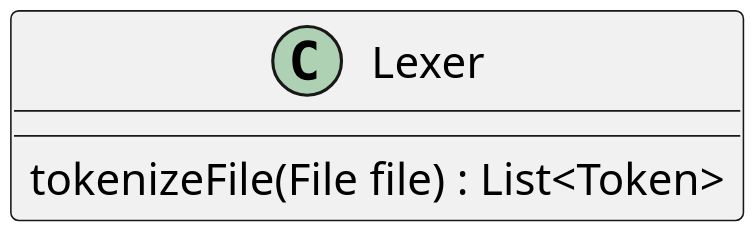
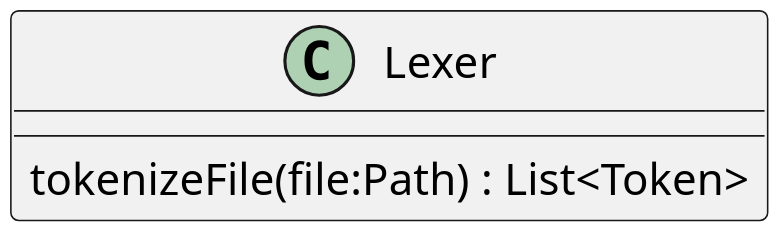
One commit to MatthewBregg/DesignPatternsRepo changed the diagram in Structure_UML/Lexer.org. Above: the diagram before and after it, drawn with PlantUML. The commit also changed other lines of this file and 7 other files, not shown here.

```diff
--- a/Structure_UML/Lexer.org
+++ b/Structure_UML/Lexer.org
@@ -3,6 +3,6 @@
 #+BEGIN_SRC plantuml :file LexerUML.png
 skinparam dpi 300
 
 class Lexer
-Lexer : tokenizeFile(File file) : List<Token>
+Lexer : tokenizeFile(file:Path) : List<Token>
 #+END_SRC
```
